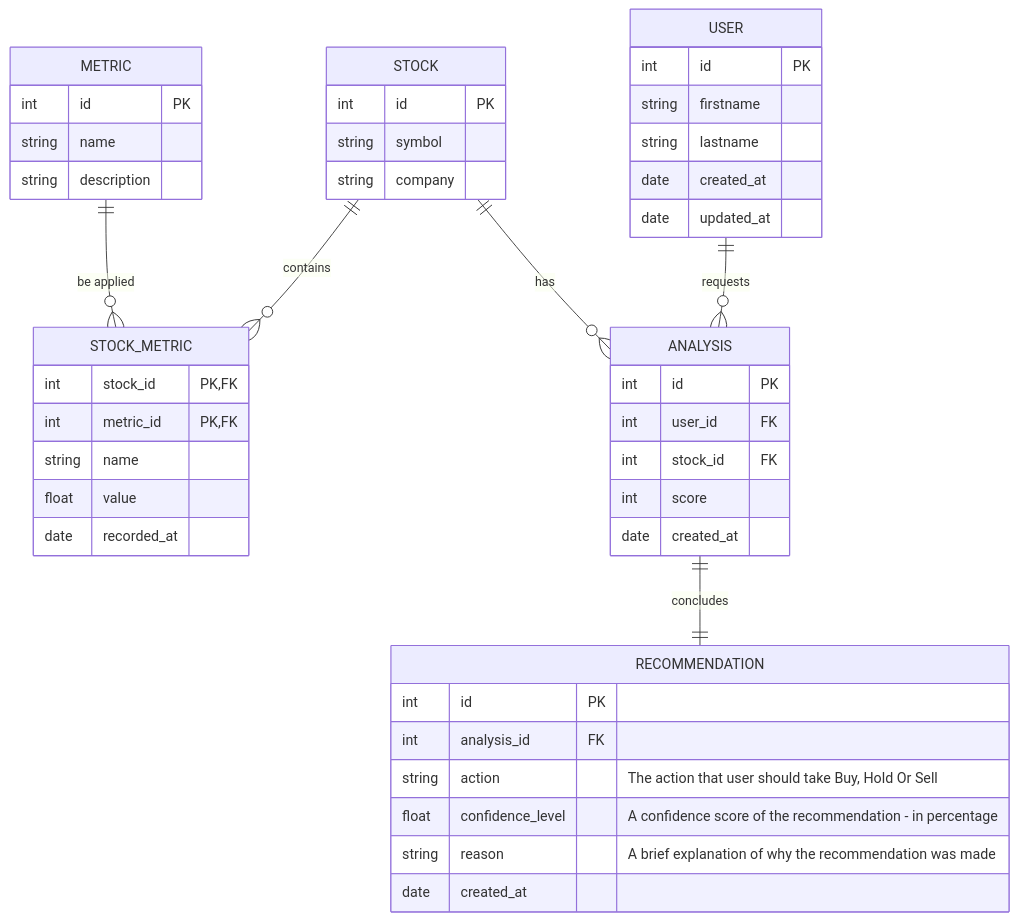
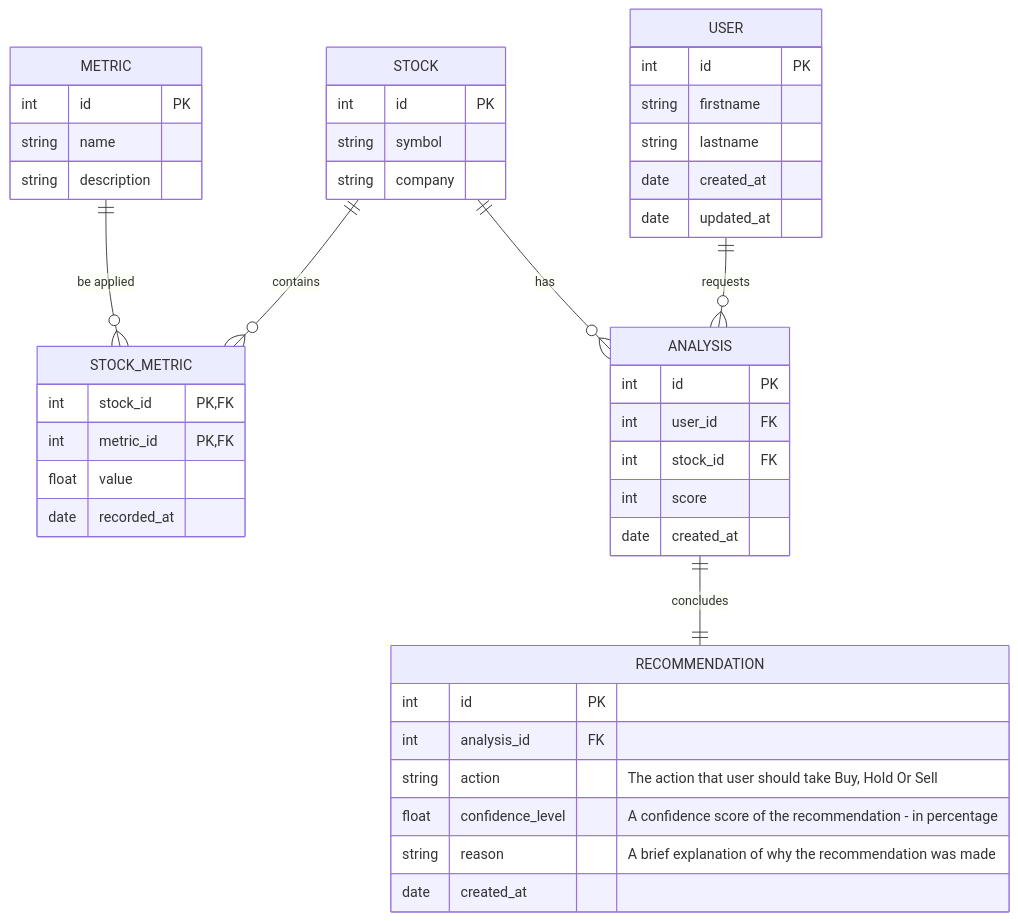
One commit to huy125/financial-data-web changed the diagram in docs/entity-relationship.md. Above: the diagram before and after it, drawn with Mermaid.

Commit message:
feat: remove name in stock_metric schema

````diff
--- a/docs/entity-relationship.md
+++ b/docs/entity-relationship.md
@@ -9,53 +9,52 @@
 ```mermaid
 erDiagram
     USER {
         int id PK
         string firstname
         string lastname
         date created_at
         date updated_at
     }
 
     STOCK {
         int id PK
         string symbol
         string company
     }
 
     METRIC {
         int id PK
         string name
         string description
     }
 
     STOCK_METRIC {
         int stock_id PK, FK
         int metric_id PK, FK
-        string name
         float value
         date recorded_at
     }
 
     ANALYSIS {
         int id PK
         int user_id FK
         int stock_id FK
         int score
         date created_at
     }
 
     RECOMMENDATION {
         int id PK
         int analysis_id FK
         string action           "The action that user should take Buy, Hold Or Sell"
         float confidence_level  "A confidence score of the recommendation - in percentage"
         string reason           "A brief explanation of why the recommendation was made"
         date created_at
     }
 
     STOCK ||--o{ STOCK_METRIC : "contains"
     METRIC ||--o{ STOCK_METRIC : "be applied"
     USER ||--o{ ANALYSIS : "requests"
     STOCK ||--o{ ANALYSIS : "has"
     ANALYSIS ||--|| RECOMMENDATION : "concludes"
 ```
````
